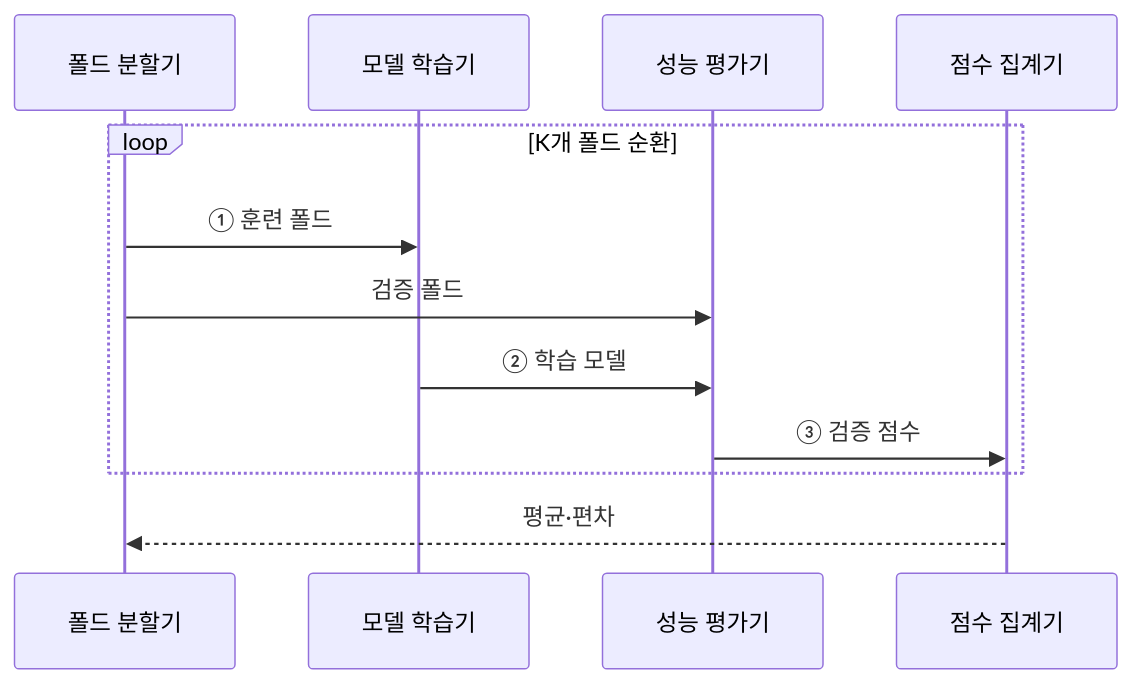
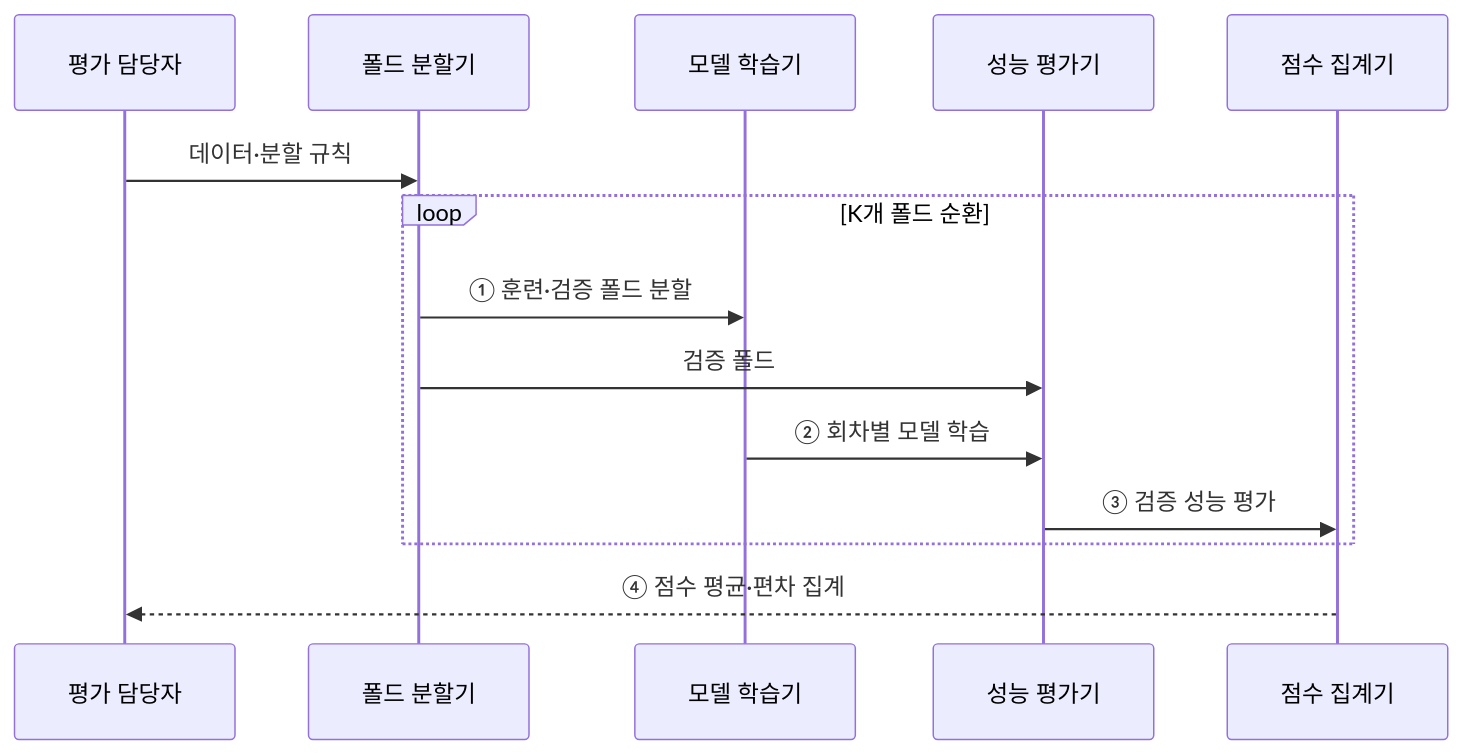
Before and after one commit to agnusdei1207/knowledge-base: the second of 2 diagrams in src/content/docs/notes/01-basic-theory/038_k_fold_cv.md, drawn with Mermaid. The commit also changed other lines of this file and 20 other files, not shown here.

````diff
--- a/src/content/docs/notes/01-basic-theory/038_k_fold_cv.md
+++ b/src/content/docs/notes/01-basic-theory/038_k_fold_cv.md
@@ -87,14 +74,16 @@
 ```mermaid
 sequenceDiagram
+    participant Q as 평가 담당자
     participant S as 폴드 분할기
     participant M as 모델 학습기
     participant E as 성능 평가기
-    participant A as 점수 집계기
+    participant G as 점수 집계기
+    Q->>S: 데이터·분할 규칙
     loop K개 폴드 순환
-        S->>M: ① 훈련 폴드
+        S->>M: ① 훈련·검증 폴드 분할
         S->>E: 검증 폴드
-        M->>E: ② 학습 모델
-        E->>A: ③ 검증 점수
+        M->>E: ② 회차별 모델 학습
+        E->>G: ③ 검증 성능 평가
     end
-    A-->>S: 평균·편차
+    G-->>Q: ④ 점수 평균·편차 집계
 ```
````
